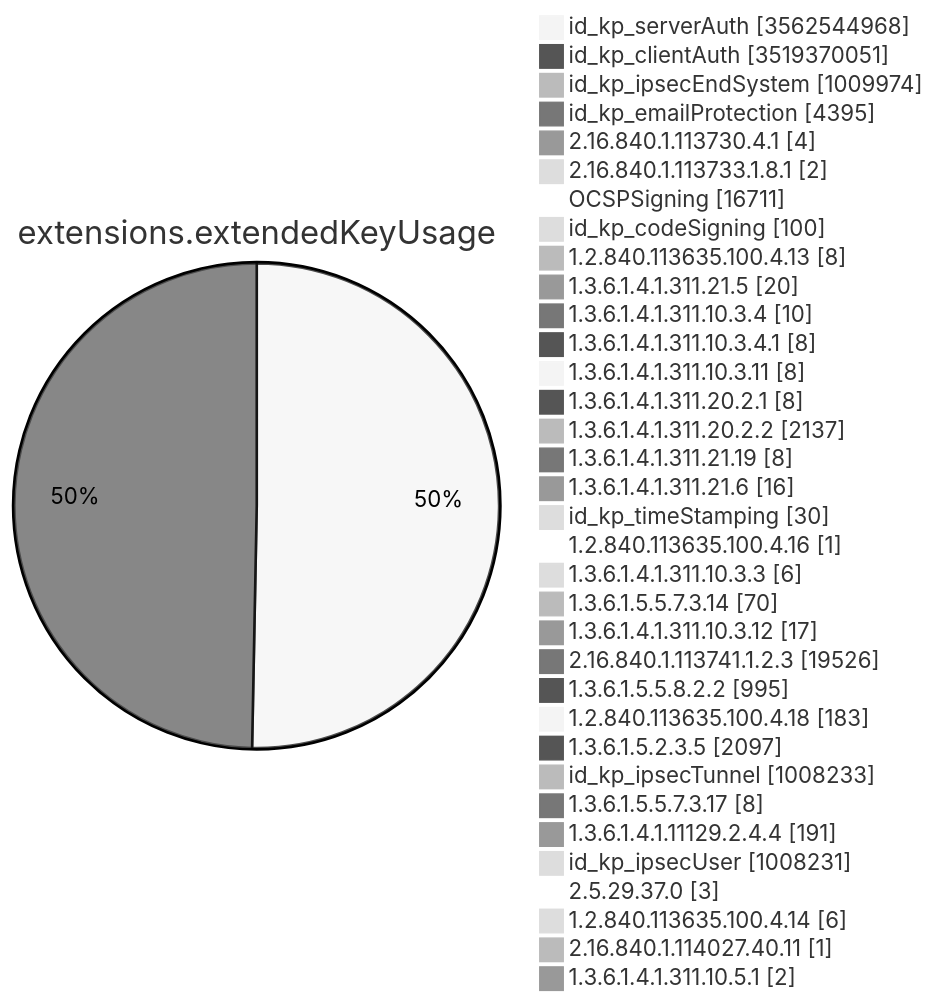
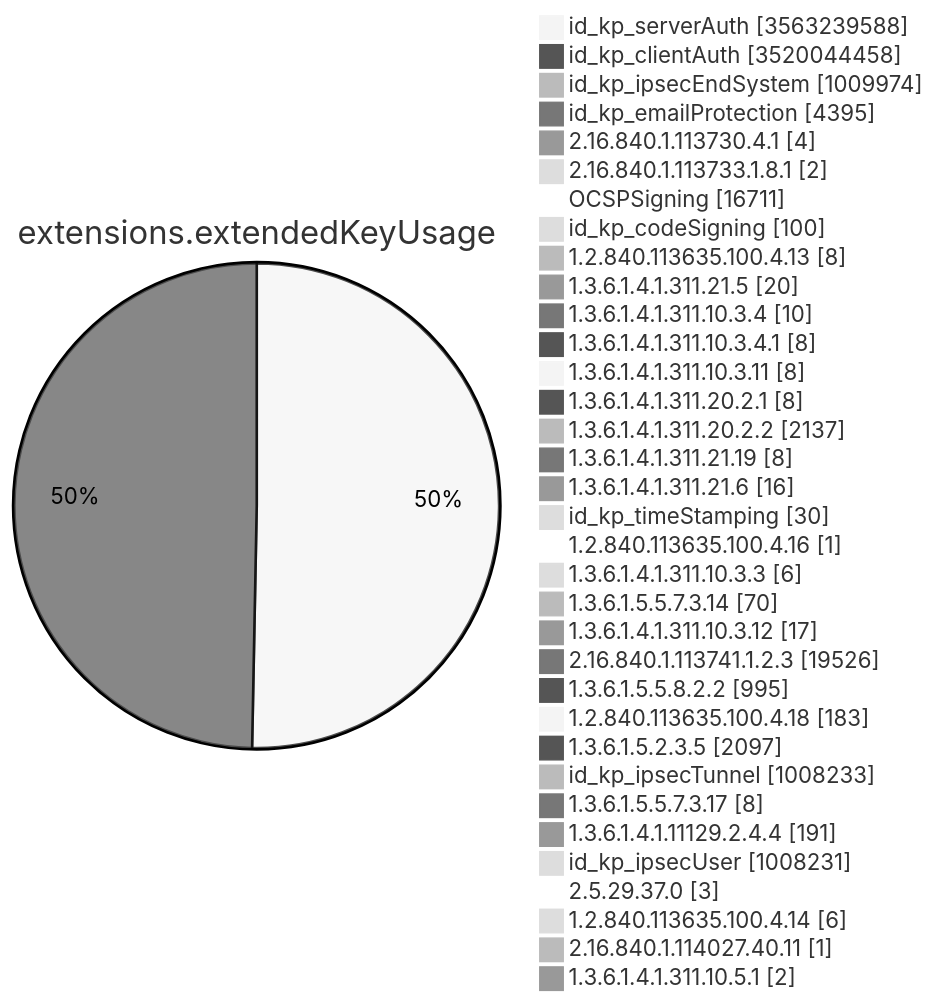
Before and after one commit to christiankrug/ctmonitor_visualization: diagram 11 of 15 in TOTAL/README.md, drawn with Mermaid (neutral theme). The commit also changed other lines of this file, not shown here.

````diff
--- a/TOTAL/README.md
+++ b/TOTAL/README.md
@@ -4128,38 +4128,38 @@
 ```mermaid
 pie showData
 title extensions.extendedKeyUsage
-"id_kp_serverAuth" :3562544968
-"id_kp_clientAuth" :3519370051
+"id_kp_serverAuth" :3563239588
+"id_kp_clientAuth" :3520044458
 "id_kp_ipsecEndSystem" :1009974
 "id_kp_emailProtection" :4395
 "2.16.840.1.113730.4.1" :4
 "2.16.840.1.113733.1.8.1" :2
 "OCSPSigning" :16711
 "id_kp_codeSigning" :100
 "1.2.840.113635.100.4.13" :8
 "1.3.6.1.4.1.311.21.5" :20
 "1.3.6.1.4.1.311.10.3.4" :10
 "1.3.6.1.4.1.311.10.3.4.1" :8
 "1.3.6.1.4.1.311.10.3.11" :8
 "1.3.6.1.4.1.311.20.2.1" :8
 "1.3.6.1.4.1.311.20.2.2" :2137
 "1.3.6.1.4.1.311.21.19" :8
 "1.3.6.1.4.1.311.21.6" :16
 "id_kp_timeStamping" :30
 "1.2.840.113635.100.4.16" :1
 "1.3.6.1.4.1.311.10.3.3" :6
 "1.3.6.1.5.5.7.3.14" :70
 "1.3.6.1.4.1.311.10.3.12" :17
 "2.16.840.1.113741.1.2.3" :19526
 "1.3.6.1.5.5.8.2.2" :995
 "1.2.840.113635.100.4.18" :183
 "1.3.6.1.5.2.3.5" :2097
 "id_kp_ipsecTunnel" :1008233
 "1.3.6.1.5.5.7.3.17" :8
 "1.3.6.1.4.1.11129.2.4.4" :191
 "id_kp_ipsecUser" :1008231
 "2.5.29.37.0" :3
 "1.2.840.113635.100.4.14" :6
 "2.16.840.1.114027.40.11" :1
 "1.3.6.1.4.1.311.10.5.1" :2
 ```
````
